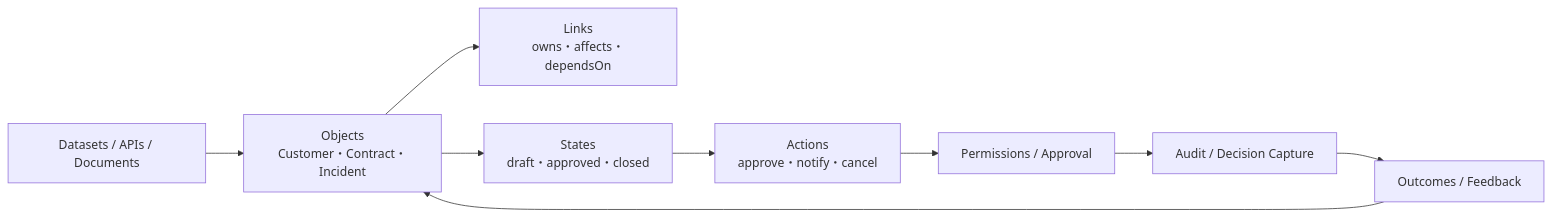
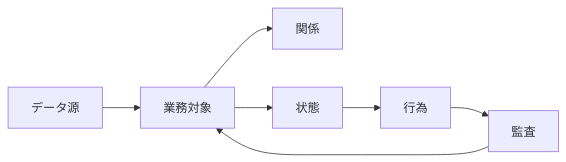
Before and after one commit to daylight55/research: the fifth of 8 diagrams in src/content/blog/ontology-concept.mdx, drawn with Mermaid. The commit also changed other lines of this file and 20 other files, not shown here.

Commit message:
Mermaid図の表示サイズを調整

````diff
--- a/src/content/blog/ontology-concept.mdx
+++ b/src/content/blog/ontology-concept.mdx
@@ -239,11 +234,9 @@
 ```mermaid
 flowchart LR
-  Data["Datasets / APIs / Documents"] --> Objects["Objects<br/>Customer・Contract・Incident"]
-  Objects --> Links["Links<br/>owns・affects・dependsOn"]
-  Objects --> States["States<br/>draft・approved・closed"]
-  States --> Actions["Actions<br/>approve・notify・cancel"]
-  Actions --> Policies["Permissions / Approval"]
-  Policies --> Audit["Audit / Decision Capture"]
-  Audit --> Outcomes["Outcomes / Feedback"]
-  Outcomes --> Objects
+  Data["データ源"] --> Obj["業務対象"]
+  Obj --> Links["関係"]
+  Obj --> State["状態"]
+  State --> Act["行為"]
+  Act --> Audit["監査"]
+  Audit --> Obj
 ```
````
